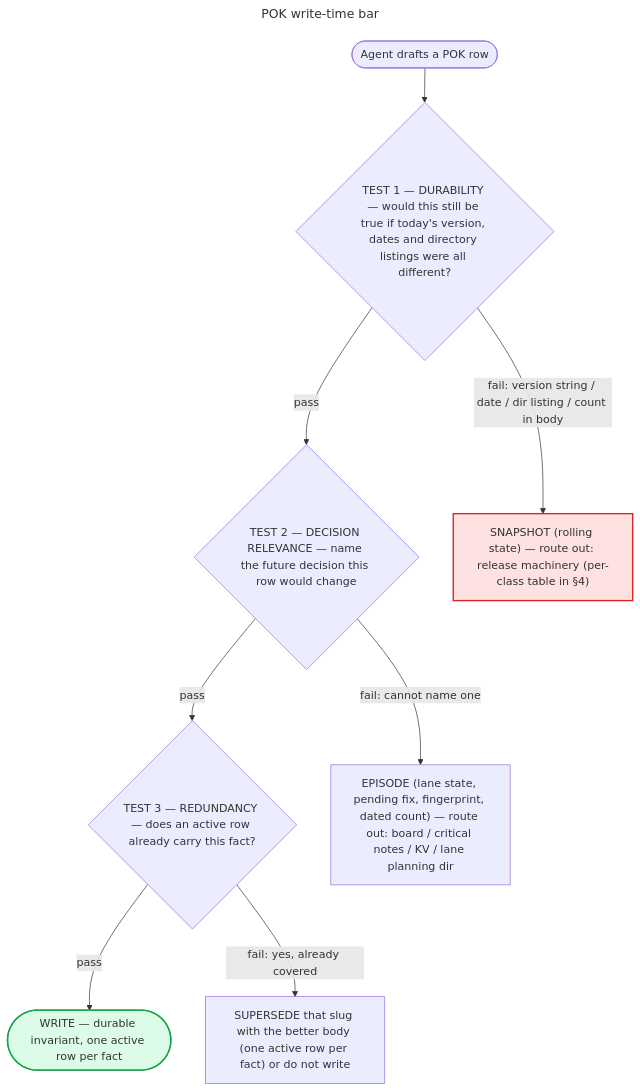
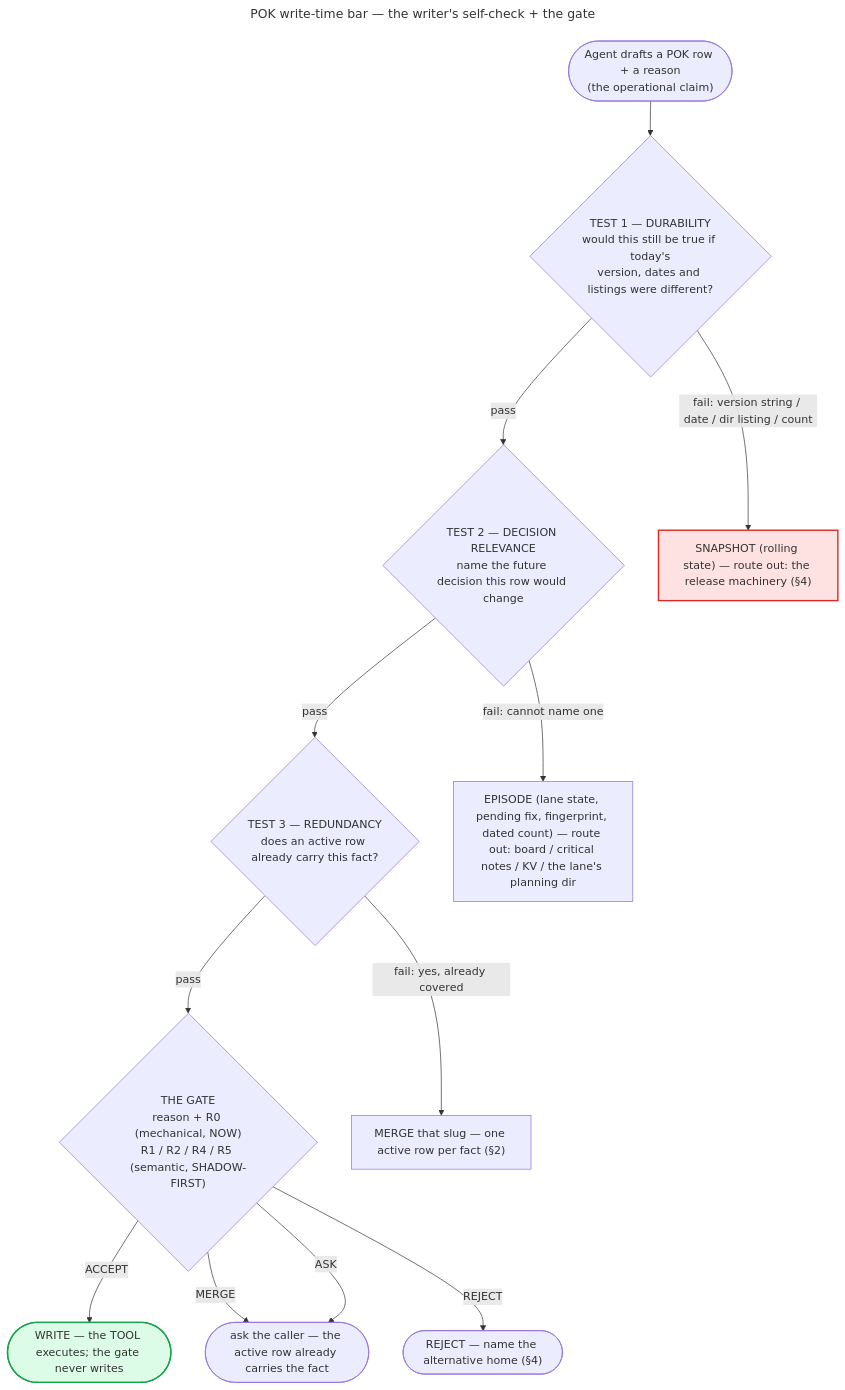
One commit to disillusioners/ensemble changed the diagram in docs/guidelines/guideline-pok-durable-vs-rolling-state.md. Above: the diagram before and after it, drawn with Mermaid. The commit also changed other lines of this file, not shown here.

First line of the commit message:
docs(guidelines): Phase 12 — the POK guideline amendment for the Emperor's ratification (DRAFT)

````diff
--- a/docs/guidelines/guideline-pok-durable-vs-rolling-state.md
+++ b/docs/guidelines/guideline-pok-durable-vs-rolling-state.md
@@ -15,19 +29,24 @@
 ```mermaid
 ---
-title: POK write-time bar
+title: POK write-time bar — the writer's self-check + the gate
 ---
 flowchart TD
-    Draft(["Agent drafts a POK row"]) --> TestDurability{"TEST 1 — DURABILITY — would this still be true if today's version, dates and directory listings were all different?"}
-    TestDurability -->|pass| TestRelevance{"TEST 2 — DECISION RELEVANCE — name the future decision this row would change"}
-    TestRelevance -->|pass| TestRedundancy{"TEST 3 — REDUNDANCY — does an active row already carry this fact?"}
-    TestRedundancy -->|pass| Write(["WRITE — durable invariant, one active row per fact"])
+    Draft(["Agent drafts a POK row + a reason<br/>(the operational claim)"]) --> Test1{"TEST 1 — DURABILITY<br/>would this still be true if today's<br/>version, dates and listings were different?"}
+    Test1 -->|pass| Test2{"TEST 2 — DECISION RELEVANCE<br/>name the future decision this row would change"}
+    Test2 -->|pass| Test3{"TEST 3 — REDUNDANCY<br/>does an active row already carry this fact?"}
+    Test3 -->|pass| Gate{"THE GATE<br/>reason + R0 (mechanical, NOW)<br/>R1 / R2 / R4 / R5 (semantic, SHADOW-FIRST)"}
 
-    TestDurability -->|"fail: version string / date / dir listing / count in body"| Snapshot["SNAPSHOT (rolling state) — route out: release machinery (per-class table in §4)"]
-    TestRelevance -->|"fail: cannot name one"| Episode["EPISODE (lane state, pending fix, fingerprint, dated count) — route out: board / critical notes / KV / lane planning dir"]
-    TestRedundancy -->|"fail: yes, already covered"| Supersede["SUPERSEDE that slug with the better body (one active row per fact) or do not write"]
+    Gate -->|ACCEPT| Write(["WRITE — the TOOL executes; the gate never writes"])
+    Gate -->|MERGE| Ask(["ask the caller — the active row already carries the fact"])
+    Gate -->|ASK| Ask
+    Gate -->|REJECT| Route(["REJECT — name the alternative home (§4)"])
+
+    Test1 -->|"fail: version string / date / dir listing / count"| Snapshot["SNAPSHOT (rolling state) — route out: the release machinery (§4)"]
+    Test2 -->|"fail: cannot name one"| Episode["EPISODE (lane state, pending fix, fingerprint, dated count) — route out: board / critical notes / KV / the lane's planning dir"]
+    Test3 -->|"fail: yes, already covered"| Supersede["MERGE that slug — one active row per fact (§2)"]
 
     classDef snapshot fill:#fee2e2,stroke:#dc2626,stroke-width:2px
     classDef green fill:#dcfce7,stroke:#16a34a,stroke-width:2px
     class Snapshot snapshot
     class Write green
 ```
````
